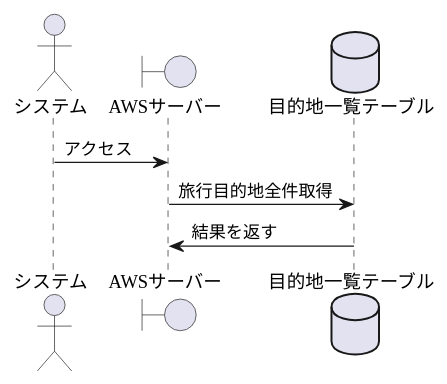
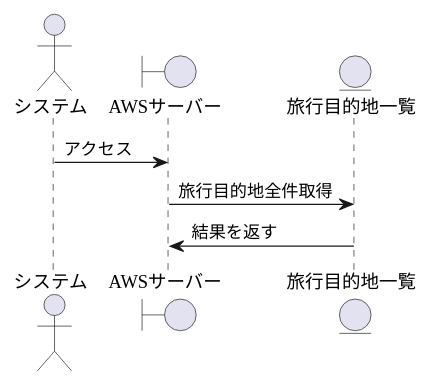
The diagram in 設計書/シーケンス図/済：システム3：目的地一覧をDBから取得する.pu (teamack20172020/sotukenTest), drawn with PlantUML before and after one commit.

Commit message:
目的地一覧をDBから取得するのシーケンス図修正

```diff
--- a/設計書/シーケンス図/済：システム3：目的地一覧をDBから取得する.pu
+++ b/設計書/シーケンス図/済：システム3：目的地一覧をDBから取得する.pu
@@ -1,13 +1,13 @@
 @startuml
 
 actor システム
 
 boundary AWSサーバー
 
-database 目的地一覧テーブル as DB
+entity 旅行目的地一覧
 
 システム -> AWSサーバー : アクセス
-AWSサーバー -> DB : 旅行目的地全件取得
-AWSサーバー <- DB : 結果を返す
+AWSサーバー -> 旅行目的地一覧 : 旅行目的地全件取得
+AWSサーバー <- 旅行目的地一覧 : 結果を返す
 
 @enduml
```
